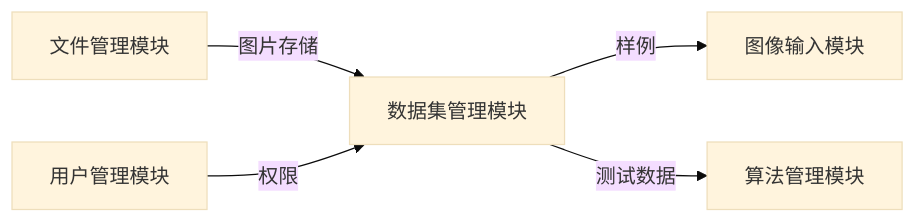
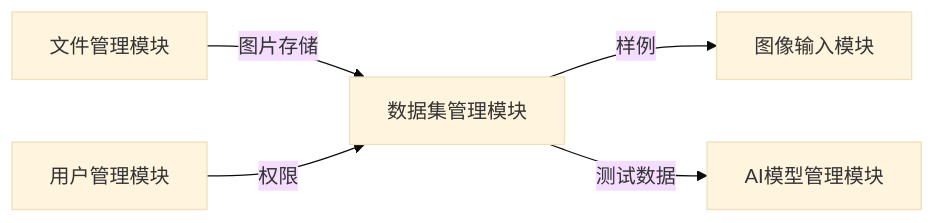
Before and after one commit to earthy-zinc/dehaze-system: the first of 2 diagrams in dehaze-doc/docs/03-模块设计/核心模块/数据集管理/需求规格.md, drawn with Mermaid (base theme). The commit also changed other lines of this file and 239 other files, not shown here.

````diff
--- a/dehaze-doc/docs/03-模块设计/核心模块/数据集管理/需求规格.md
+++ b/dehaze-doc/docs/03-模块设计/核心模块/数据集管理/需求规格.md
@@ -36,7 +36,7 @@
 ```mermaid
 flowchart LR
     F[文件管理模块] -->|图片存储| D[数据集管理模块]
     U[用户管理模块] -->|权限| D
     D -->|样例| I[图像输入模块]
-    D -->|测试数据| A[算法管理模块]
+    D -->|测试数据| A[AI模型管理模块]
 ```
````
